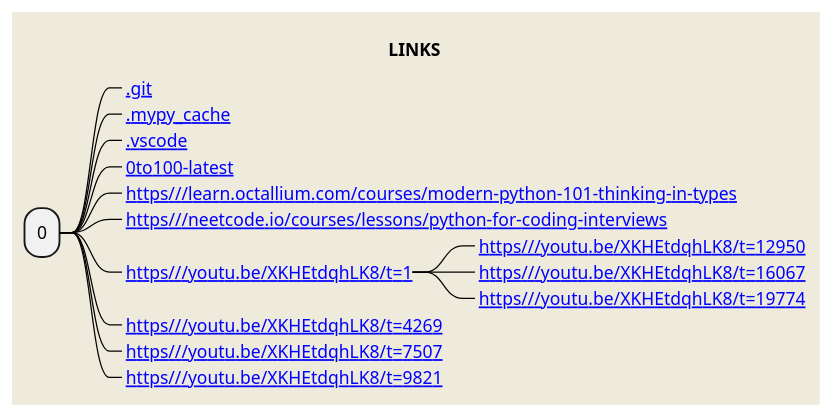
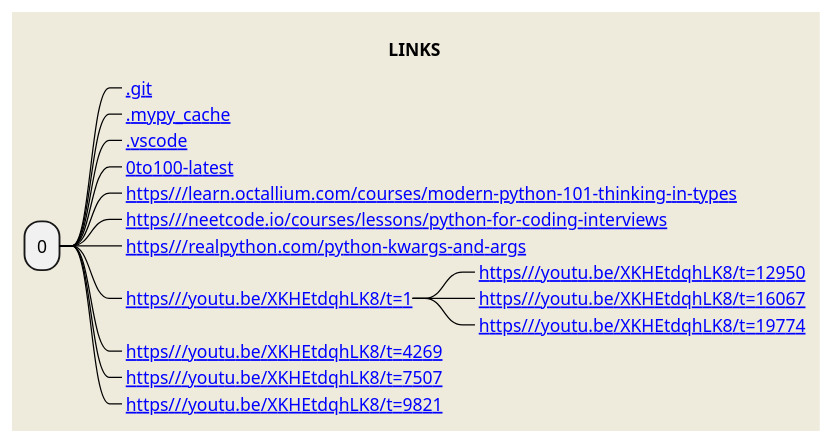
The diagram in readme.puml (obar1/freebiez-0to100), drawn with PlantUML before and after one commit. The commit also changed 2 other files, not shown here.

Commit message:
https://realpython.com/python-kwargs-and-args/ #12
---------

```diff
--- a/readme.puml
+++ b/readme.puml
@@ -2,25 +2,26 @@
 @startmindmap
 
 title LINKS
 
 skinparam shadowing false
 skinparam backgroundColor #EEEBDC
 skinparam ArrowColor black
 skinparam noteBorderColor black
 
 + 0
 ++_ [[ .git ]]
 ++_ [[ .mypy_cache ]]
 ++_ [[ .vscode ]]
 ++_ [[ 0to100-latest ]]
 ++_ [[ https///learn.octallium.com/courses/modern-python-101-thinking-in-types ]]
 ++_ [[ https///neetcode.io/courses/lessons/python-for-coding-interviews ]]
+++_ [[ https///realpython.com/python-kwargs-and-args ]]
 ++_ [[ https///youtu.be/XKHEtdqhLK8/t=1 ]]
 +++_ [[ https///youtu.be/XKHEtdqhLK8/t=12950 ]]
 +++_ [[ https///youtu.be/XKHEtdqhLK8/t=16067 ]]
 +++_ [[ https///youtu.be/XKHEtdqhLK8/t=19774 ]]
 ++_ [[ https///youtu.be/XKHEtdqhLK8/t=4269 ]]
 ++_ [[ https///youtu.be/XKHEtdqhLK8/t=7507 ]]
 ++_ [[ https///youtu.be/XKHEtdqhLK8/t=9821 ]]
 
 @endmindmap
```
